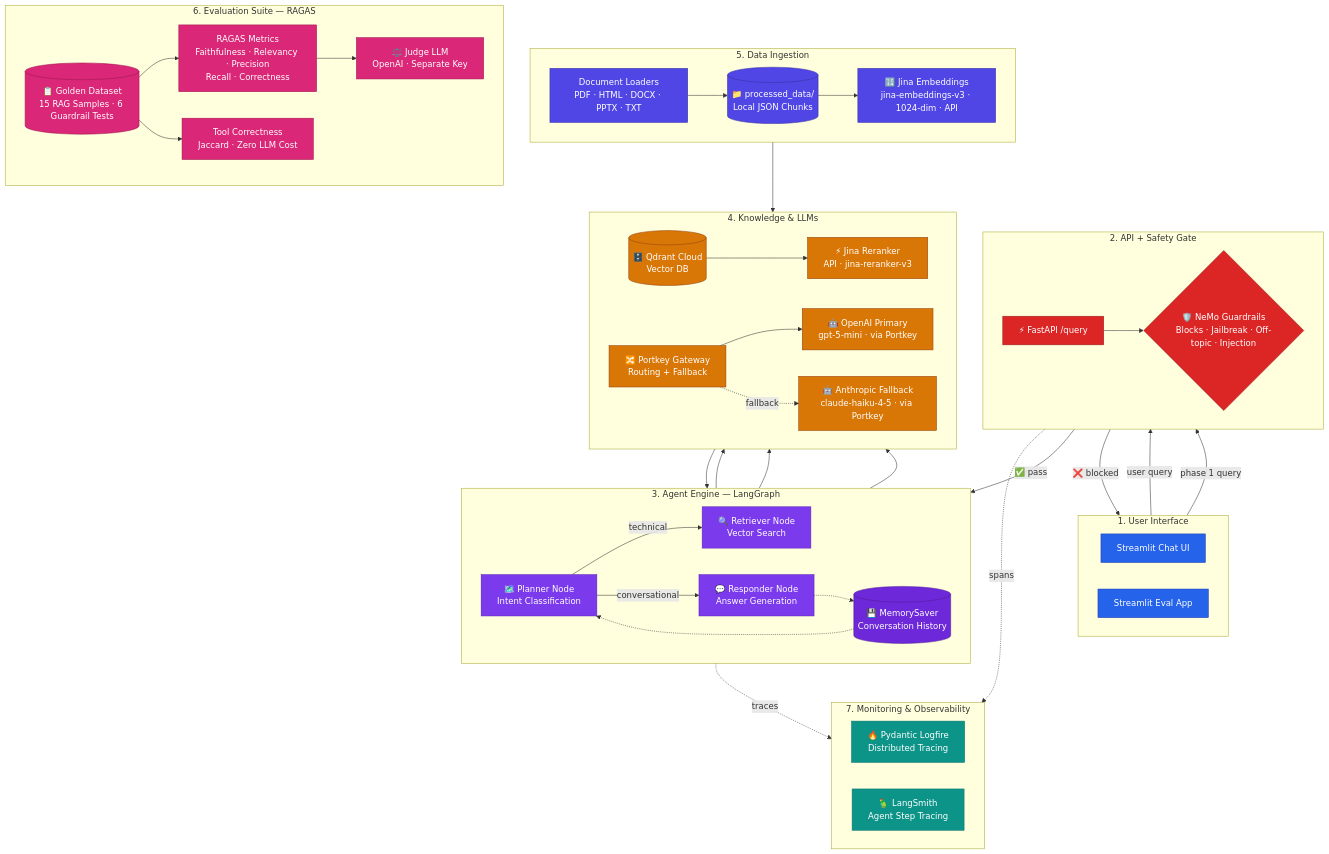
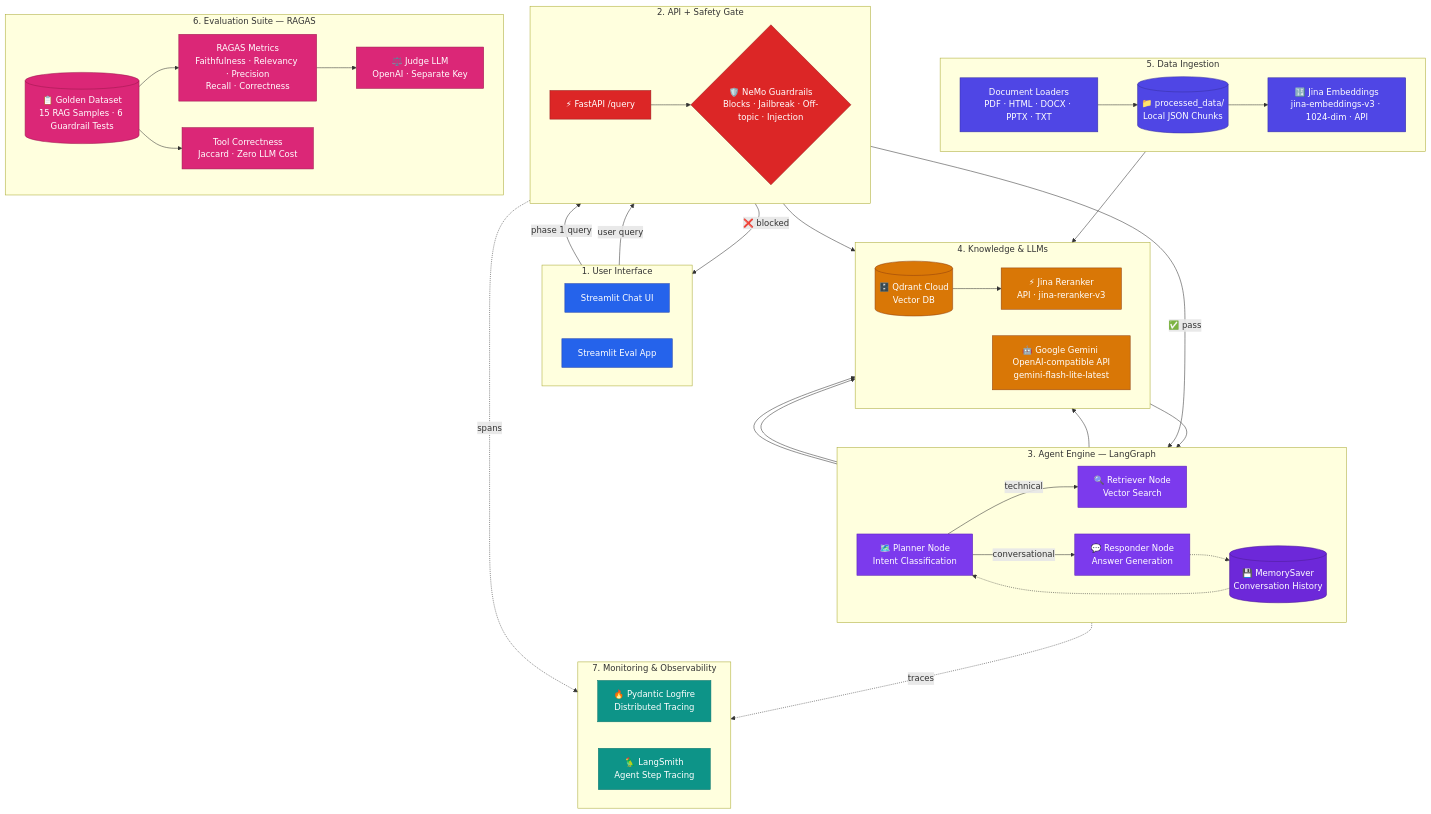
One commit to Bibek1008/Production-Grade-Scalable-Advance-RAG changed the second of 3 diagrams in ARCHITECTURE.md. Above: the diagram before and after it, drawn with Mermaid. The commit also changed other lines of this file and 50 other files, not shown here.

```diff
--- a/ARCHITECTURE.md
+++ b/ARCHITECTURE.md
@@ -150,9 +147,7 @@
         direction LR
         QD[("🗄️ Qdrant Cloud\nVector DB")]
         FR["⚡ Jina Reranker\nAPI · jina-reranker-v3"]
-        PK["🔀 Portkey Gateway\nRouting + Fallback"]
-        G1["🤖 OpenAI Primary\ngpt-5-mini · via Portkey"]
-        G2["🤖 Anthropic Fallback\nclaude-haiku-4-5 · via Portkey"]
+        GM["🤖 Google Gemini OpenAI-compatible API\ngemini-flash-lite-latest"]
     end
 
     subgraph INGEST ["5. Data Ingestion"]
@@ -187,10 +182,9 @@
     RT --> QD
     QD --> FR
     FR --> RS
-    RS --> PK
-    PL --> PK
-    PK --> G1
-    PK -.->|"fallback"| G2
+    RS --> GM
+    PL --> GM
+    GR --> GM
     RS -.-> MEM
     MEM -.-> PL
 
@@ -221,7 +215,7 @@
     class CHAT,EAPP ui
     class API,GR safety
     class PL,RT,RS agent
-    class QD,FR,PK,G1,G2 knowledge
+    class QD,FR,GM knowledge
     class LOAD,PROC,EMB ingest
     class GD,RAGAS,TC,JG evals
     class LF,LS obs
```
